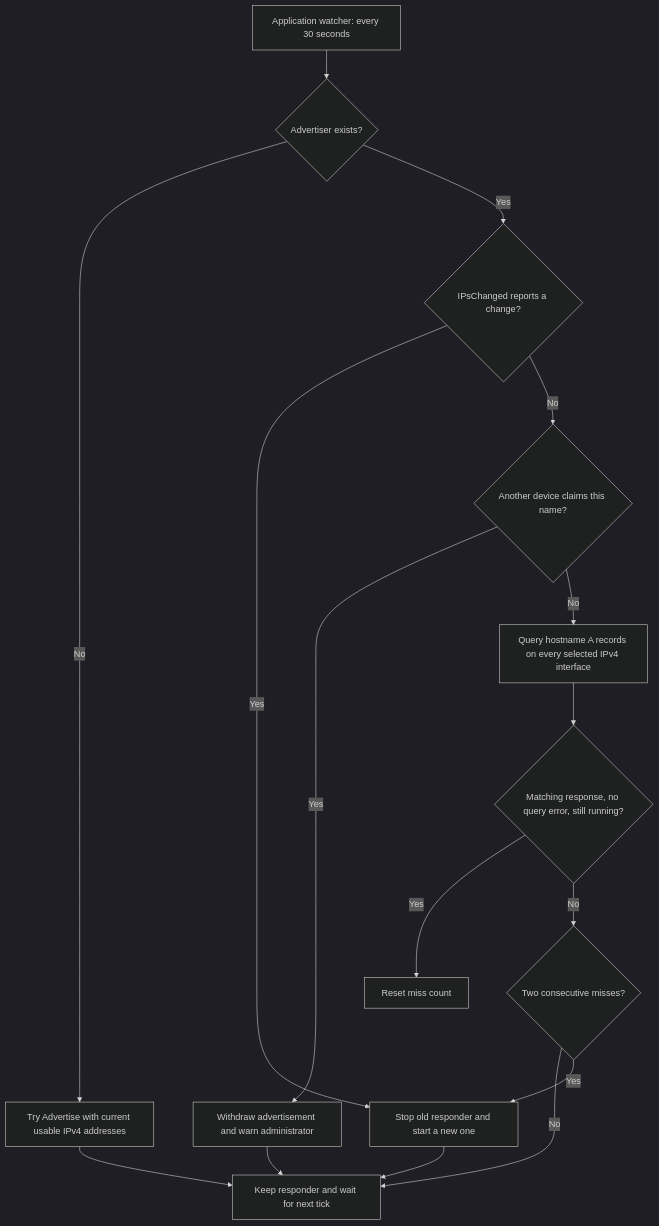
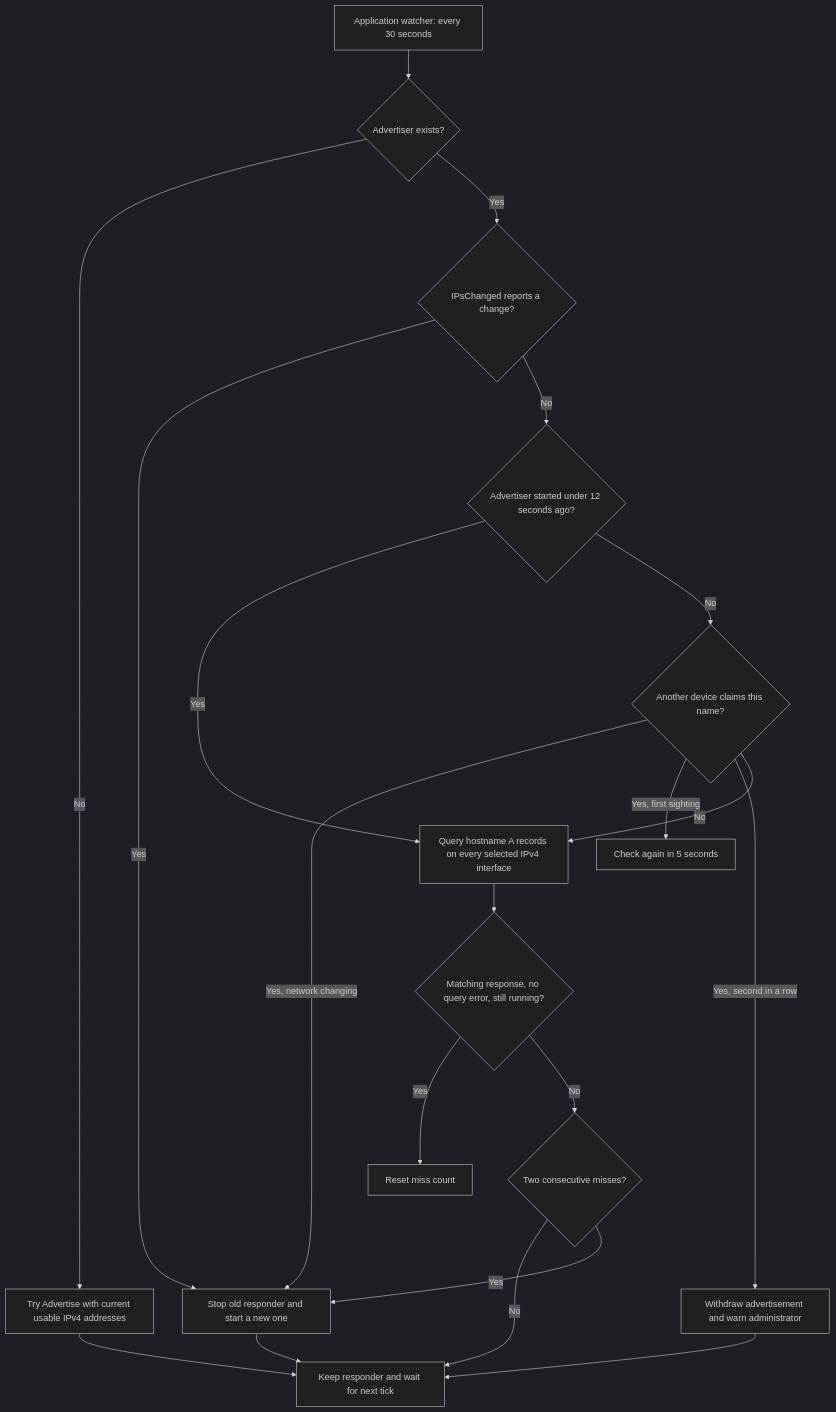
The fourth of 6 diagrams in docs/native-integrations.md (ohcnetwork/care_clinic), drawn with Mermaid (dark theme) before and after one commit. The commit also changed other lines of this file and 9 other files, not shown here.

````diff
--- a/docs/native-integrations.md
+++ b/docs/native-integrations.md
@@ -1141,18 +1194,22 @@
 ```mermaid
 flowchart TD
     Tick["Application watcher: every 30 seconds"] --> Have{"Advertiser exists?"}
     Have -- No --> Start["Try Advertise with current usable IPv4 addresses"]
     Have -- Yes --> Changed{"IPsChanged reports a change?"}
     Changed -- Yes --> Renew["Stop old responder and start a new one"]
-    Changed -- No --> Conflict{"Another device claims this name?"}
-    Conflict -- Yes --> Pause["Withdraw advertisement and warn administrator"]
+    Changed -- No --> Settling{"Advertiser started under 12 seconds ago?"}
+    Settling -- Yes --> Probe
+    Settling -- No --> Conflict{"Another device claims this name?"}
+    Conflict -- "Yes, network changing" --> Renew
+    Conflict -- "Yes, first sighting" --> Recheck["Check again in 5 seconds"]
+    Conflict -- "Yes, second in a row" --> Pause["Withdraw advertisement and warn administrator"]
     Pause --> Later
     Conflict -- No --> Probe["Query hostname A records on every selected IPv4 interface"]
     Probe --> Match{"Matching response, no query error, still running?"}
     Match -- Yes --> Reset["Reset miss count"]
     Match -- No --> Misses{"Two consecutive misses?"}
     Misses -- No --> Later["Keep responder and wait for next tick"]
     Misses -- Yes --> Renew
     Start --> Later
     Renew --> Later
 ```
````
